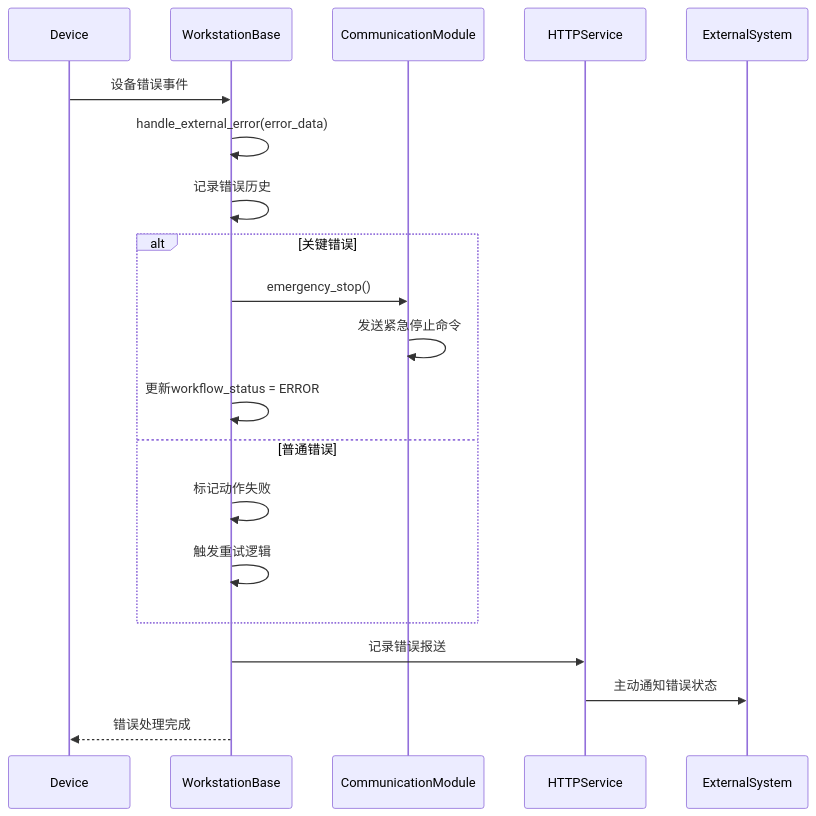
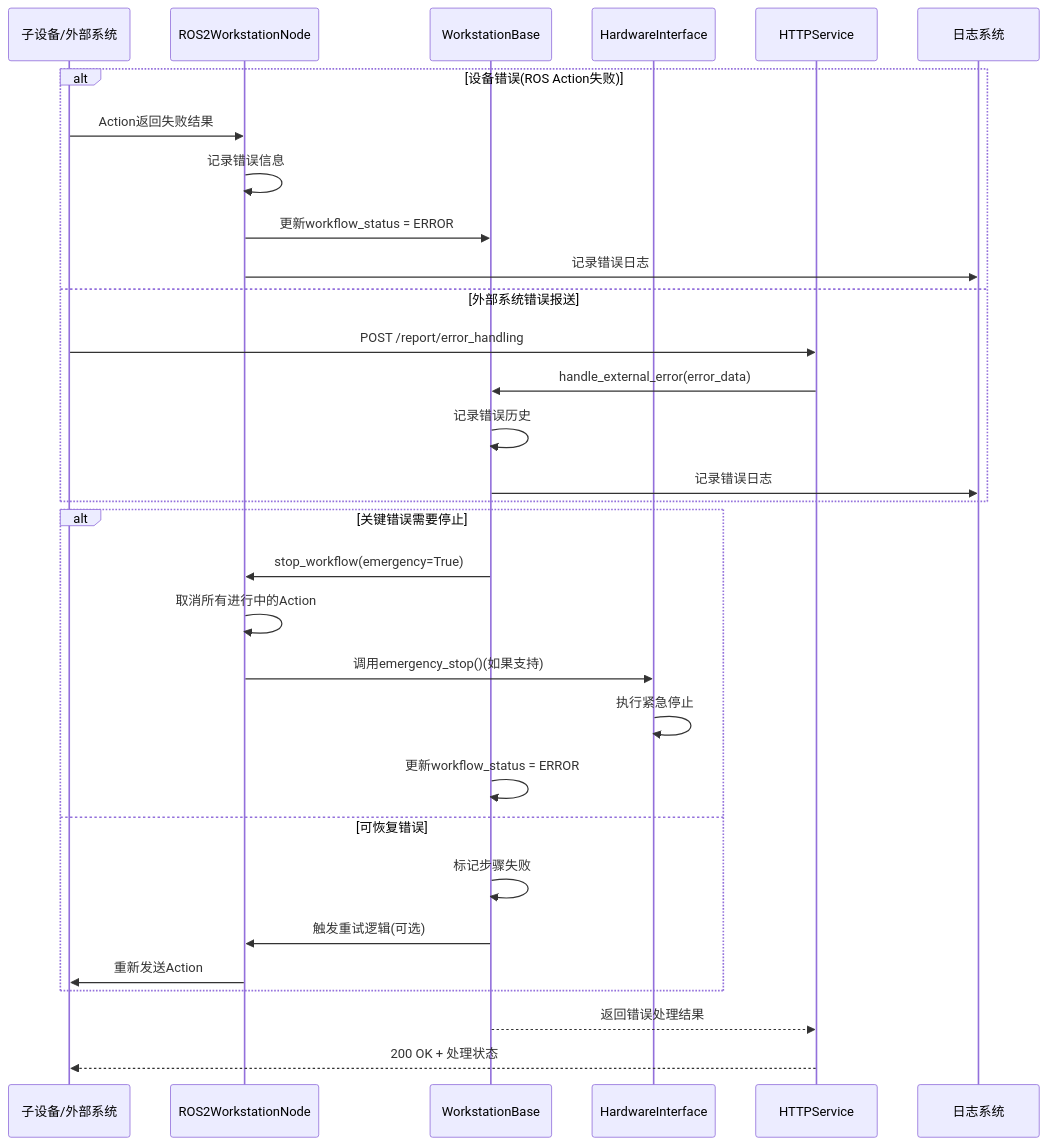
Before and after one commit to dptech-corp/Uni-Lab-OS: the eighth of 8 diagrams in docs/developer_guide/workstation_architecture.md, drawn with Mermaid. The commit also changed other lines of this file and 23 other files, not shown here.

````diff
--- a/docs/developer_guide/workstation_architecture.md
+++ b/docs/developer_guide/workstation_architecture.md
@@ -258,26 +454,36 @@
-```mermaid
+```{mermaid}
 sequenceDiagram
-    participant DEV as Device
+    participant DEV as 子设备/外部系统
+    participant ROS as ROS2WorkstationNode
     participant WS as WorkstationBase
-    participant COMM as CommunicationModule
+    participant HW as HardwareInterface
     participant HTTP as HTTPService
-    participant EXT as ExternalSystem
-    
-    DEV->>WS: 设备错误事件
-    WS->>WS: handle_external_error(error_data)
-    WS->>WS: 记录错误历史
-    
-    alt 关键错误
-        WS->>COMM: emergency_stop()
-        COMM->>COMM: 发送紧急停止命令
+    participant LOG as 日志系统
+  
+    alt 设备错误(ROS Action失败)
+        DEV->>ROS: Action返回失败结果
+        ROS->>ROS: 记录错误信息
+        ROS->>WS: 更新workflow_status = ERROR
+        ROS->>LOG: 记录错误日志
+    else 外部系统错误报送
+        DEV->>HTTP: POST /report/error_handling
+        HTTP->>WS: handle_external_error(error_data)
+        WS->>WS: 记录错误历史
+        WS->>LOG: 记录错误日志
+    end
+  
+    alt 关键错误需要停止
+        WS->>ROS: stop_workflow(emergency=True)
+        ROS->>ROS: 取消所有进行中的Action
+        ROS->>HW: 调用emergency_stop()(如果支持)
+        HW->>HW: 执行紧急停止
         WS->>WS: 更新workflow_status = ERROR
-    else 普通错误
-        WS->>WS: 标记动作失败
-        WS->>WS: 触发重试逻辑
+    else 可恢复错误
+        WS->>WS: 标记步骤失败
+        WS->>ROS: 触发重试逻辑(可选)
+        ROS->>DEV: 重新发送Action
     end
-    
-    WS->>HTTP: 记录错误报送
-    HTTP->>EXT: 主动通知错误状态
-    
-    WS-->>DEV: 错误处理完成
+  
+    WS-->>HTTP: 返回错误处理结果
+    HTTP-->>DEV: 200 OK + 处理状态
 ```
````
